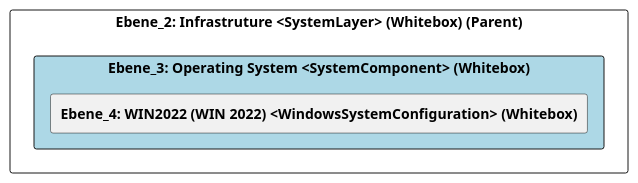
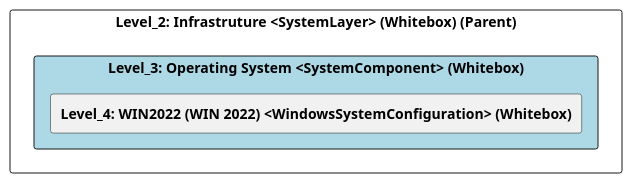
Before and after one commit to marcozwyssig/cleon: the diagram in src/cleon.architecturemethods.arc42.sample/doc/cleon_architecturemethods_arc42_sample_system/adoc/de/05_bausteinsicht/ikt/infrastruture/operating_system/ebene_3_operating system.adoc, drawn with PlantUML. The commit also changed other lines of this file and 83 other files, not shown here.

```diff
--- a/src/cleon.architecturemethods.arc42.sample/doc/cleon_architecturemethods_arc42_sample_system/adoc/de/05_bausteinsicht/ikt/infrastruture/operating_system/ebene_3_operating system.adoc
+++ b/src/cleon.architecturemethods.arc42.sample/doc/cleon_architecturemethods_arc42_sample_system/adoc/de/05_bausteinsicht/ikt/infrastruture/operating_system/ebene_3_operating system.adoc
@@ -20,24 +20,24 @@
-[plantuml, Ebene_3: Operating System <SystemComponent> (Whitebox)BlockOverview, format="svg"]
+[plantuml, Level_3: Operating System <SystemComponent> (Whitebox)BlockOverview, format="svg"]
 ----
-@startuml Ebene_3: Operating System <SystemComponent> (Whitebox)BuildingBlockOverview
+@startuml Level_3: Operating System <SystemComponent> (Whitebox)BuildingBlockOverview
 
 skinparam ranksep 10
 skinparam componentStyle rectangle
 skinparam shadowing false
 skinparam arrowColor lightblue
 skinparam arrowThickness 1.2
 skinparam rectangle {
   BackgroundColor White
   BorderColor #333
   RoundCorner 10
 }
 top to bottom direction
 
-component "Ebene_2: Infrastruture <SystemLayer> (Whitebox) (Parent)" {
-    component "Ebene_3: Operating System <SystemComponent> (Whitebox)" #lightblue {
-        [**Ebene_4: WIN2022 (WIN 2022) <WindowsSystemConfiguration> (Whitebox)**] as 1308A142_BEE7_11EF_8DCB_A78DEF9EA3BD
+component "Level_2: Infrastruture <SystemLayer> (Whitebox) (Parent)" {
+    component "Level_3: Operating System <SystemComponent> (Whitebox)" #lightblue {
+        [**Level_4: WIN2022 (WIN 2022) <WindowsSystemConfiguration> (Whitebox)**] as 1308A142_BEE7_11EF_8DCB_A78DEF9EA3BD
     }
 }
 
 @enduml
 ----
```
